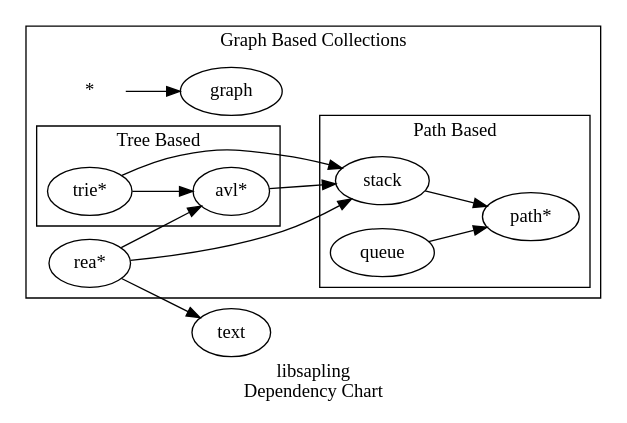
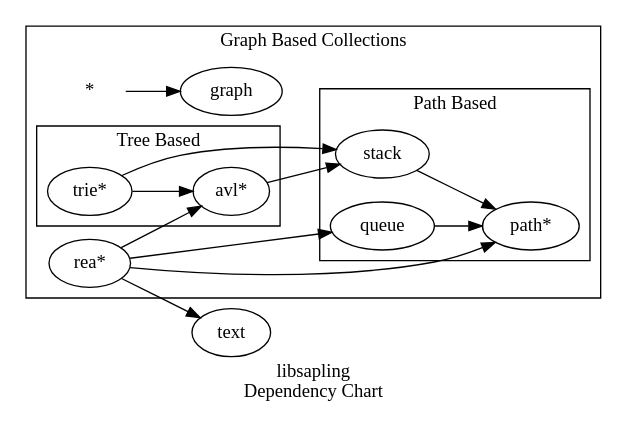
Before and after one commit to andriybyelikov/libsapling: the diagram in docs/lib.gv, drawn with Graphviz. The commit also changed 8 other files, not shown here.

```diff
--- a/docs/lib.gv
+++ b/docs/lib.gv
@@ -1,35 +1,35 @@
 digraph
 {
     label="libsapling\nDependency Chart";
     rankdir=LR;
 
     subgraph cluster_gbc
     {
         label="Graph Based Collections";
 
         _graph[label="graph"];
         all[shape=none;label="*"];
         all->_graph;
 
         subgraph cluster_pbc {
             label="Path Based";
             path[label="path*"];
             stack->path;
             queue->path;
         }
 
         subgraph cluster_tbc {
             label="Tree Based";
             avl[label="avl*"];
             avl->stack;
             trie[label="trie*"];
             trie->avl,stack;
         }
 
         rea[label="rea*"];
-        rea->stack,avl;
+        rea->path,queue,avl;
     }
 
     text;
     rea->text;
 }
```
